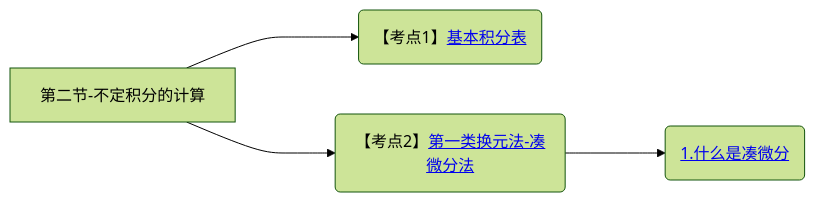
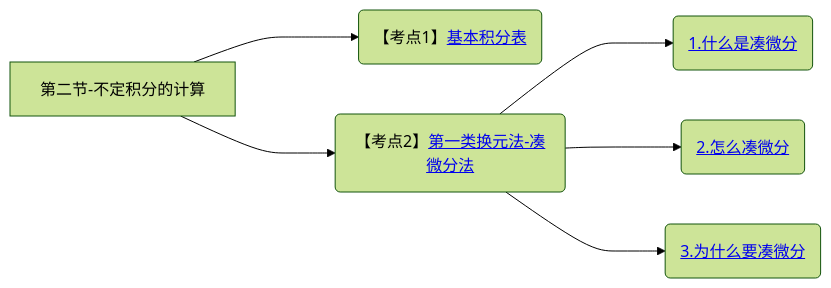
Before and after one commit to yuebinghui/note: diagram 18 of 18 in 笔记/数学/周洋鑫/01.基础班思维导图.md, drawn with Mermaid (forest theme). The commit also changed 12 other files, not shown here.

````diff
--- a/笔记/数学/周洋鑫/01.基础班思维导图.md
+++ b/笔记/数学/周洋鑫/01.基础班思维导图.md
@@ -625,10 +625,12 @@
 ```mermaid
 graph LR
 第二节-不定积分的计算
 
 第二节-不定积分的计算--->基本积分表(【考点1】<a href="/Users/yuebinghui/Documents/program/github/note/笔记/数学/周洋鑫/基础班/18.不定积分_1.md#基本积分表">基本积分表</>)
 
 第二节-不定积分的计算--->第一类换元法-凑微分法(【考点2】<a href="/Users/yuebinghui/Documents/program/github/note/笔记/数学/周洋鑫/基础班/18.不定积分_1.md#第一类换元法-凑微分法">第一类换元法-凑微分法</>)
 第一类换元法-凑微分法--->1.什么是凑微分(<a href="/Users/yuebinghui/Documents/program/github/note/笔记/数学/周洋鑫/基础班/18.不定积分_1.md#1.什么是凑微分">1.什么是凑微分</>)
+第一类换元法-凑微分法--->2.怎么凑微分(<a href="/Users/yuebinghui/Documents/program/github/note/笔记/数学/周洋鑫/基础班/18.不定积分_1.md#2.怎么凑微分">2.怎么凑微分</>)
+第一类换元法-凑微分法--->3.为什么要凑微分(<a href="/Users/yuebinghui/Documents/program/github/note/笔记/数学/周洋鑫/基础班/18.不定积分_1.md#3.为什么要凑微分">3.为什么要凑微分</>)
 
 ```
````
